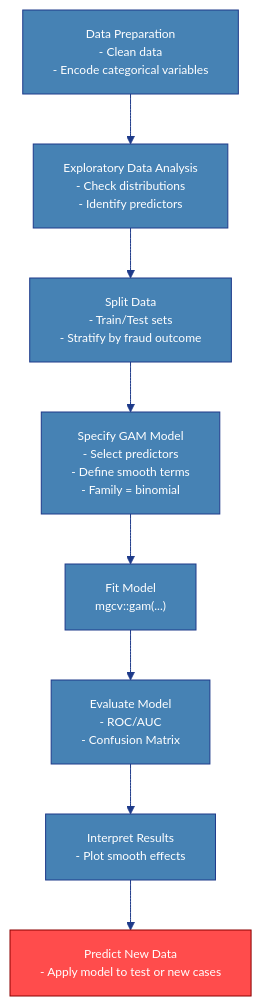
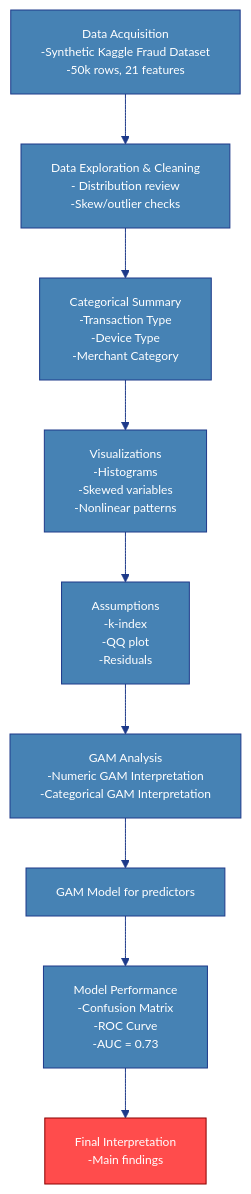
The diagram in Capstone Analysis.qmd (gracevicallen-beep/Data-Science-Capstone), drawn with Mermaid before and after one commit. The commit also changed 1 other file, not shown here.

Commit message:
update 11/30

````diff
--- a/Capstone Analysis.qmd
+++ b/Capstone Analysis.qmd
@@ -160,25 +160,26 @@
 ```{mermaid}
 
 %%{init: {'theme': 'base', 'themeVariables': { 
   'background': '#FAFAF5',
   'primaryColor': '#4682B4',
   'secondaryColor': '#1E3A8A',
   'lineColor': '#1E3A8A',
   'nodeBorder': '#1E3A8A',
   'primaryTextColor': '#FFFFFF',
   'textColor': '#191970',
   'fontSize': '12px',
   'width': '100%'
 }}}%%
 
 flowchart TB
-A["Data Preparation<br/>- Clean data<br/>- Encode categorical variables"] --> B["Exploratory Data Analysis<br/>- Check distributions<br/>- Identify predictors"]
-B --> C["Split Data<br/>- Train/Test sets<br/>- Stratify by fraud outcome"]
-C --> D["Specify GAM Model<br/>- Select predictors<br/>- Define smooth terms<br/>- Family = binomial"]
-D --> E["Fit Model<br/>mgcv::gam(...)"]
-E --> F["Evaluate Model<br/>- ROC/AUC<br/>- Confusion Matrix"]
-F --> G["Interpret Results<br/>- Plot smooth effects"]
-G --> H["Predict New Data<br/>- Apply model to test or new cases"]
-
-style H fill:#FF4C4C,stroke:#8B0000,color:#FFFFFF
+    A[Data Acquisition<br/>-Synthetic Kaggle Fraud Dataset<br/>-50k rows, 21 features] --> B[Data Exploration & Cleaning<br/>- Distribution review<br/>-Skew/outlier checks]
+    B --> C[Categorical Summary<br/>-Transaction Type<br/>-Device Type<br/>-Merchant Category]
+    C --> D[Visualizations<br/>-Histograms<br/>-Skewed variables<br/>-Nonlinear patterns]
+    D --> E[Assumptions<br/>-k-index<br/>-QQ plot<br/>-Residuals]
+    E --> F[GAM Analysis<br/>-Numeric GAM Interpretation<br/>-Categorical GAM Interpretation]
+    F --> G[GAM Model for predictors]
+    G --> H[Model Performance<br/>-Confusion Matrix<br/>-ROC Curve<br/>-AUC = 0.73]
+    H --> I[Final Interpretation<br/>-Main findings]
+    
+style I fill:#FF4C4C,stroke:#8B0000,color:#FFFFFF
 ```
````
